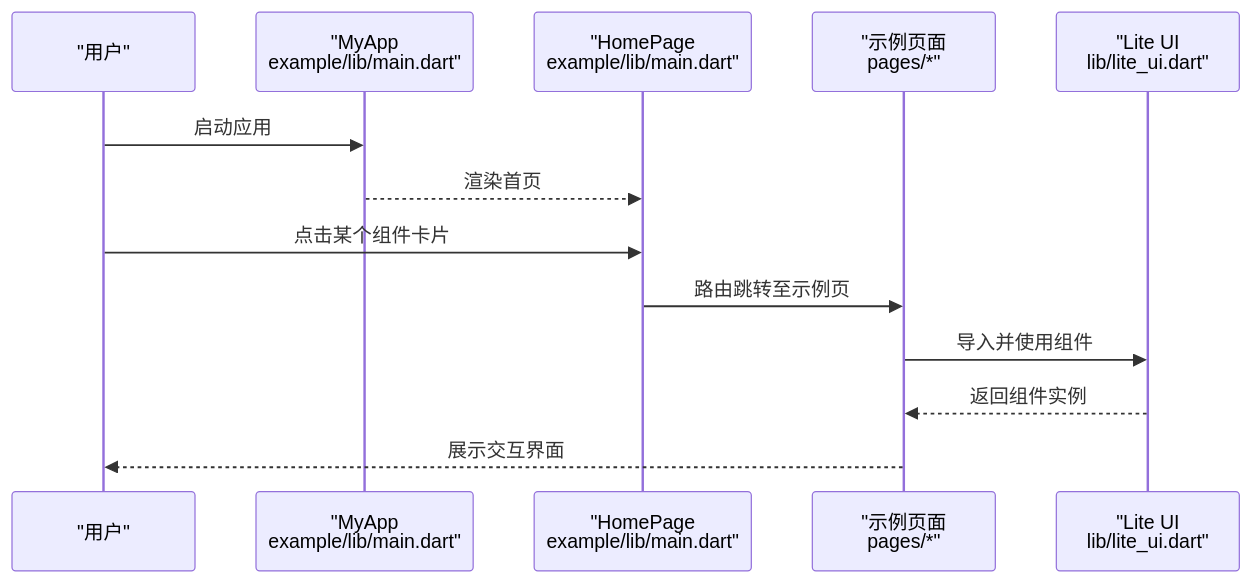
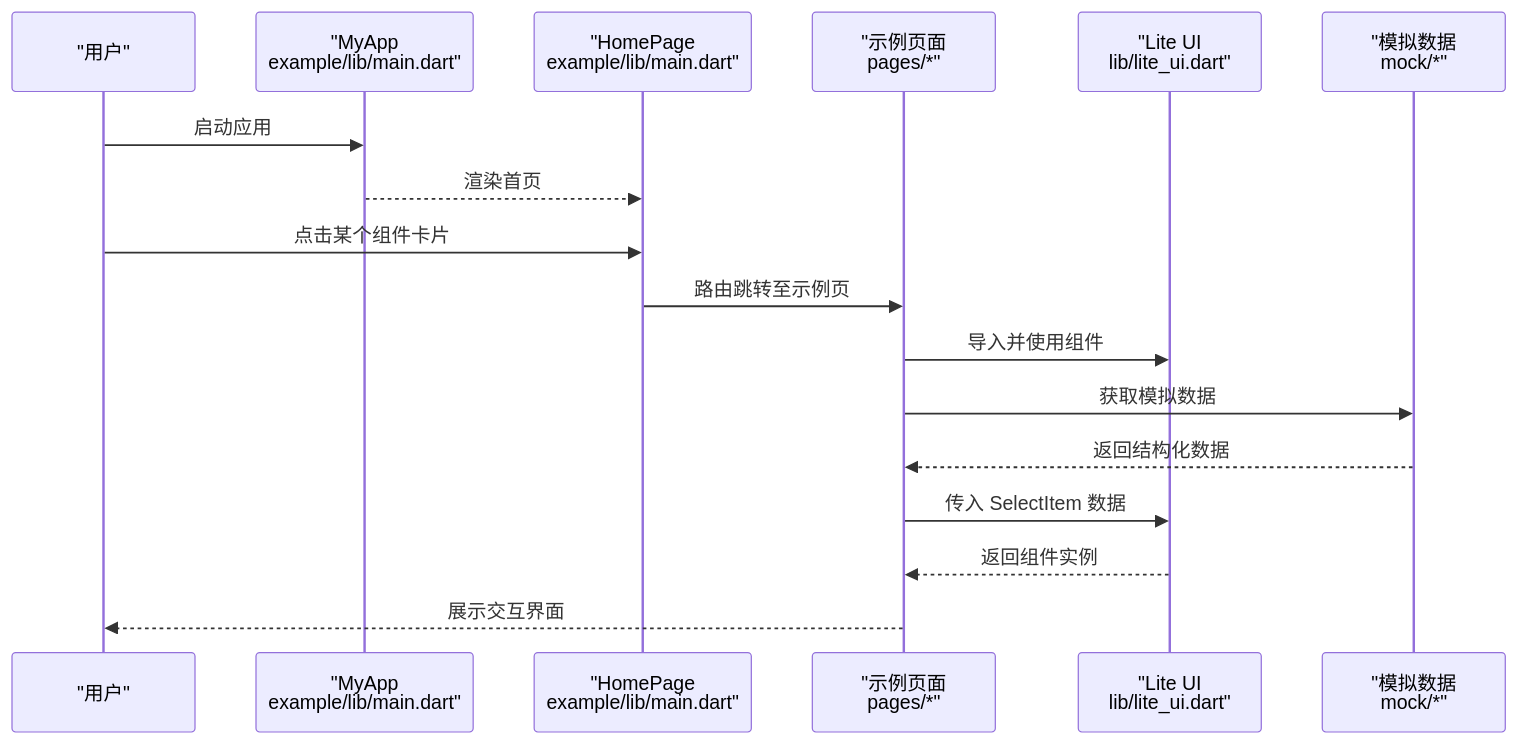
Before and after one commit to yuzhido/lite-ui: the second of 10 diagrams in .qoder/repowiki/zh/content/示例演示.md, drawn with Mermaid. The commit also changed other lines of this file and 7 other files, not shown here.

````diff
--- a/.qoder/repowiki/zh/content/示例演示.md
+++ b/.qoder/repowiki/zh/content/示例演示.md
@@ -87,15 +133,19 @@
 ```mermaid
 sequenceDiagram
 participant U as "用户"
 participant M as "MyApp<br/>example/lib/main.dart"
 participant H as "HomePage<br/>example/lib/main.dart"
 participant P as "示例页面<br/>pages/*"
 participant L as "Lite UI<br/>lib/lite_ui.dart"
+participant MD as "模拟数据<br/>mock/*"
 U->>M : 启动应用
 M-->>H : 渲染首页
 U->>H : 点击某个组件卡片
 H->>P : 路由跳转至示例页
 P->>L : 导入并使用组件
+P->>MD : 获取模拟数据
+MD-->>P : 返回结构化数据
+P->>L : 传入 SelectItem 数据
 L-->>P : 返回组件实例
 P-->>U : 展示交互界面
 ```
````
